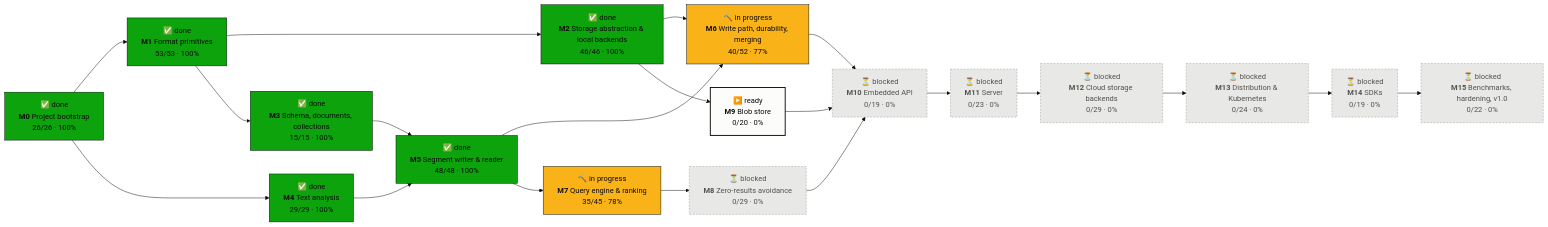
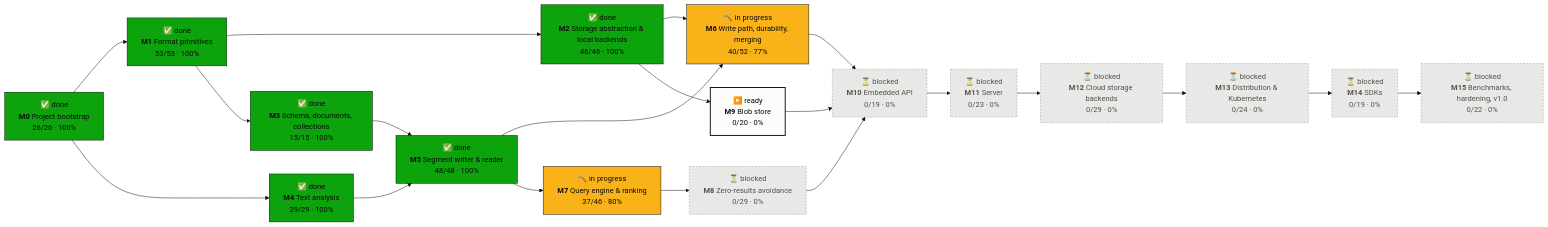
One commit to tomiok/persiaDB changed the first of 2 diagrams in PROGRESS.md. Above: the diagram before and after it, drawn with Mermaid (base theme). The commit also changed other lines of this file and 15 other files, not shown here.

First line of the commit message:
Interruptible memtable copies; explain from the search's filter selections (ROADMAP 7.6.5, 7.7.3) (#61)

````diff
--- a/PROGRESS.md
+++ b/PROGRESS.md
@@ -16,42 +16,42 @@
 ```mermaid
 flowchart LR
   M0["✅ done<br/><b>M0</b> Project bootstrap<br/>26/26 · 100%"]:::done
   M1["✅ done<br/><b>M1</b> Format primitives<br/>53/53 · 100%"]:::done
   M2["✅ done<br/><b>M2</b> Storage abstraction & local backends<br/>46/46 · 100%"]:::done
   M3["✅ done<br/><b>M3</b> Schema, documents, collections<br/>15/15 · 100%"]:::done
   M4["✅ done<br/><b>M4</b> Text analysis<br/>29/29 · 100%"]:::done
   M5["✅ done<br/><b>M5</b> Segment writer & reader<br/>48/48 · 100%"]:::done
   M6["🔨 in progress<br/><b>M6</b> Write path, durability, merging<br/>40/52 · 77%"]:::doing
-  M7["🔨 in progress<br/><b>M7</b> Query engine & ranking<br/>35/45 · 78%"]:::doing
+  M7["🔨 in progress<br/><b>M7</b> Query engine & ranking<br/>37/46 · 80%"]:::doing
   M8["⏳ blocked<br/><b>M8</b> Zero-results avoidance<br/>0/29 · 0%"]:::blocked
   M9["▶️ ready<br/><b>M9</b> Blob store<br/>0/20 · 0%"]:::ready
   M10["⏳ blocked<br/><b>M10</b> Embedded API<br/>0/19 · 0%"]:::blocked
   M11["⏳ blocked<br/><b>M11</b> Server<br/>0/23 · 0%"]:::blocked
   M12["⏳ blocked<br/><b>M12</b> Cloud storage backends<br/>0/29 · 0%"]:::blocked
   M13["⏳ blocked<br/><b>M13</b> Distribution & Kubernetes<br/>0/24 · 0%"]:::blocked
   M14["⏳ blocked<br/><b>M14</b> SDKs<br/>0/19 · 0%"]:::blocked
   M15["⏳ blocked<br/><b>M15</b> Benchmarks, hardening, v1.0<br/>0/22 · 0%"]:::blocked
   M0 --> M1
   M1 --> M2
   M1 --> M3
   M0 --> M4
   M3 --> M5
   M4 --> M5
   M2 --> M6
   M5 --> M6
   M5 --> M7
   M7 --> M8
   M2 --> M9
   M6 --> M10
   M8 --> M10
   M9 --> M10
   M10 --> M11
   M11 --> M12
   M12 --> M13
   M13 --> M14
   M14 --> M15
   classDef done fill:#0ca30c,stroke:#0b0b0b,color:#0b0b0b
   classDef doing fill:#fab219,stroke:#0b0b0b,color:#0b0b0b
   classDef ready fill:#fcfcfb,stroke:#0b0b0b,stroke-width:2px,color:#0b0b0b
   classDef blocked fill:#e8e8e6,stroke:#9a9a96,stroke-dasharray:4 3,color:#52514e
 ```
````
